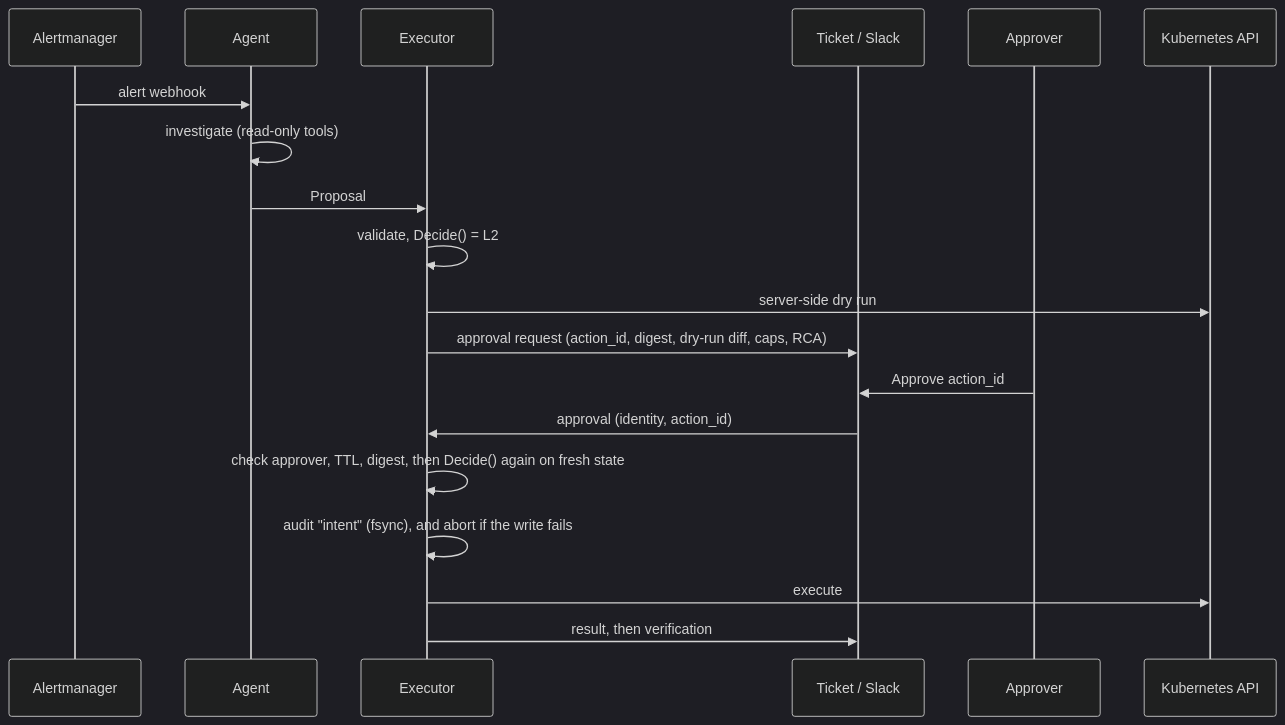
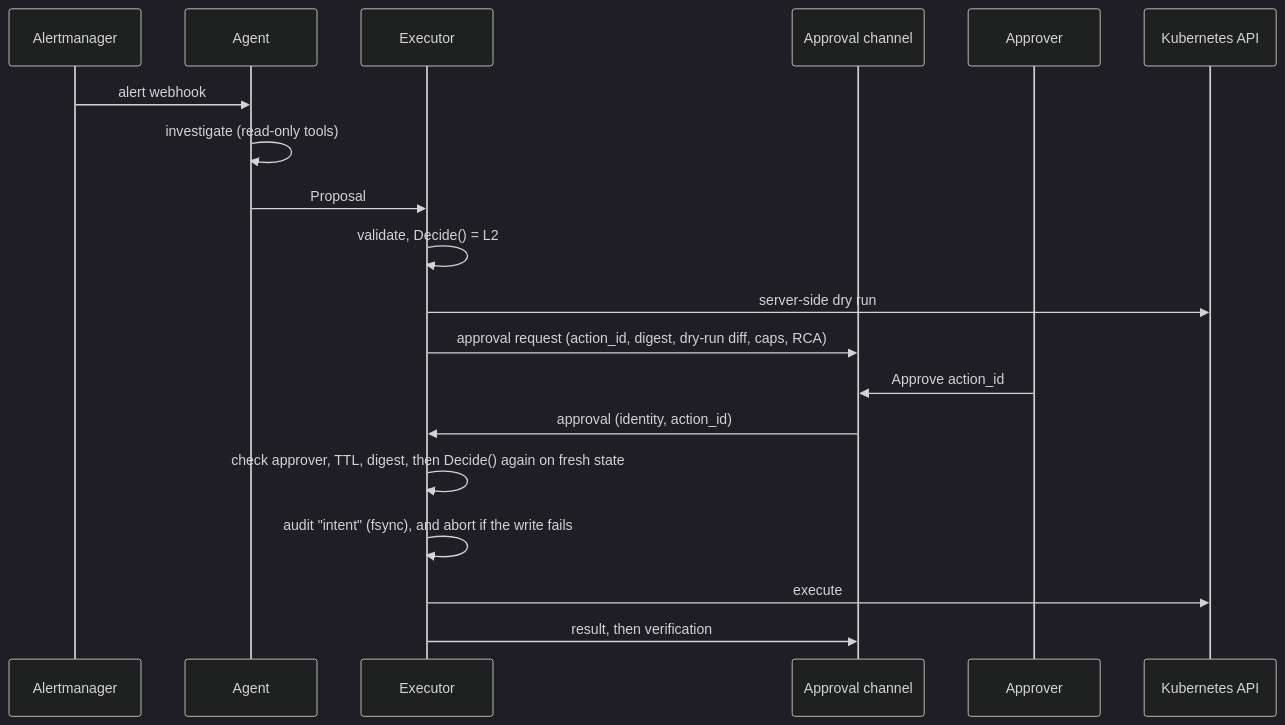
One commit to itsankoff/incident-copilot changed the diagram in docs/adr/0001-autonomy-and-trust-model.md. Above: the diagram before and after it, drawn with Mermaid (dark theme). The commit also changed other lines of this file, not shown here.

Commit message:
* Accept ADR 0001: single approver, approval link via email and push (M4.1)

````diff
--- a/docs/adr/0001-autonomy-and-trust-model.md
+++ b/docs/adr/0001-autonomy-and-trust-model.md
@@ -131,21 +131,21 @@
 ```mermaid
 sequenceDiagram
     participant AM as Alertmanager
     participant AG as Agent
     participant EX as Executor
-    participant TK as Ticket / Slack
+    participant TK as Approval channel
     participant H as Approver
     participant K as Kubernetes API
     AM->>AG: alert webhook
     AG->>AG: investigate (read-only tools)
     AG->>EX: Proposal
     EX->>EX: validate, Decide() = L2
     EX->>K: server-side dry run
     EX->>TK: approval request (action_id, digest, dry-run diff, caps, RCA)
     H->>TK: Approve action_id
     TK->>EX: approval (identity, action_id)
     EX->>EX: check approver, TTL, digest, then Decide() again on fresh state
     EX->>EX: audit "intent" (fsync), and abort if the write fails
     EX->>K: execute
     EX->>TK: result, then verification
 ```
````
